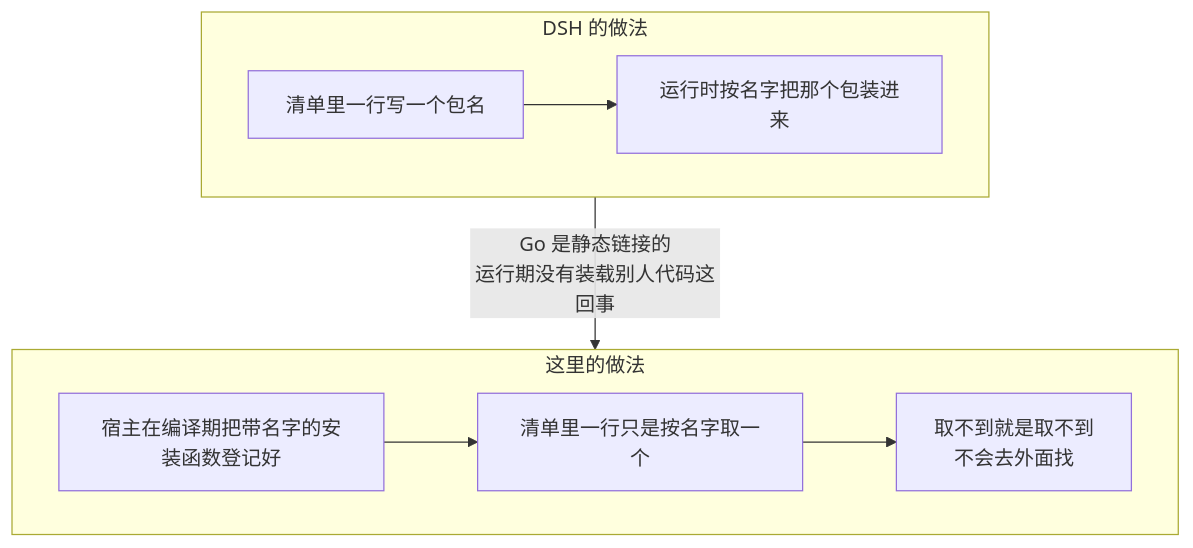
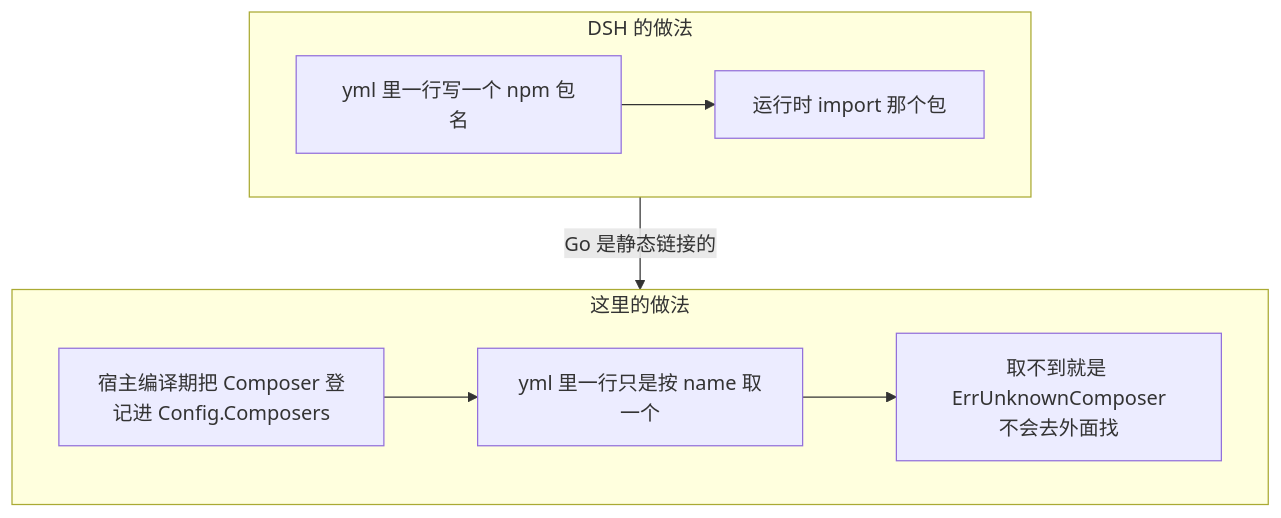
Before and after one commit to snight1983/ds-harness-go: the ninth of 25 diagrams in docs/modules/presets.md, drawn with Mermaid. The commit also changed other lines of this file and 25 other files, not shown here.

````diff
--- a/docs/modules/presets.md
+++ b/docs/modules/presets.md
@@ -91,11 +192,11 @@
 ```mermaid
 flowchart TD
     subgraph DSHW["DSH 的做法"]
-        A1["清单里一行写一个包名"] --> A2["运行时按名字把那个包装进来"]
+        A1["yml 里一行写一个 npm 包名"] --> A2["运行时 import 那个包"]
     end
     subgraph GOW["这里的做法"]
-        B1["宿主在编译期把带名字的安装函数登记好"] --> B2["清单里一行只是按名字取一个"]
-        B2 --> B3["取不到就是取不到<br/>不会去外面找"]
+        B1["宿主编译期把 Composer 登记进 Config.Composers"] --> B2["yml 里一行只是按 name 取一个"]
+        B2 --> B3["取不到就是 ErrUnknownComposer<br/>不会去外面找"]
     end
-    DSHW -->|"Go 是静态链接的<br/>运行期没有装载别人代码这回事"| GOW
+    DSHW -->|"Go 是静态链接的"| GOW
 ```
````
